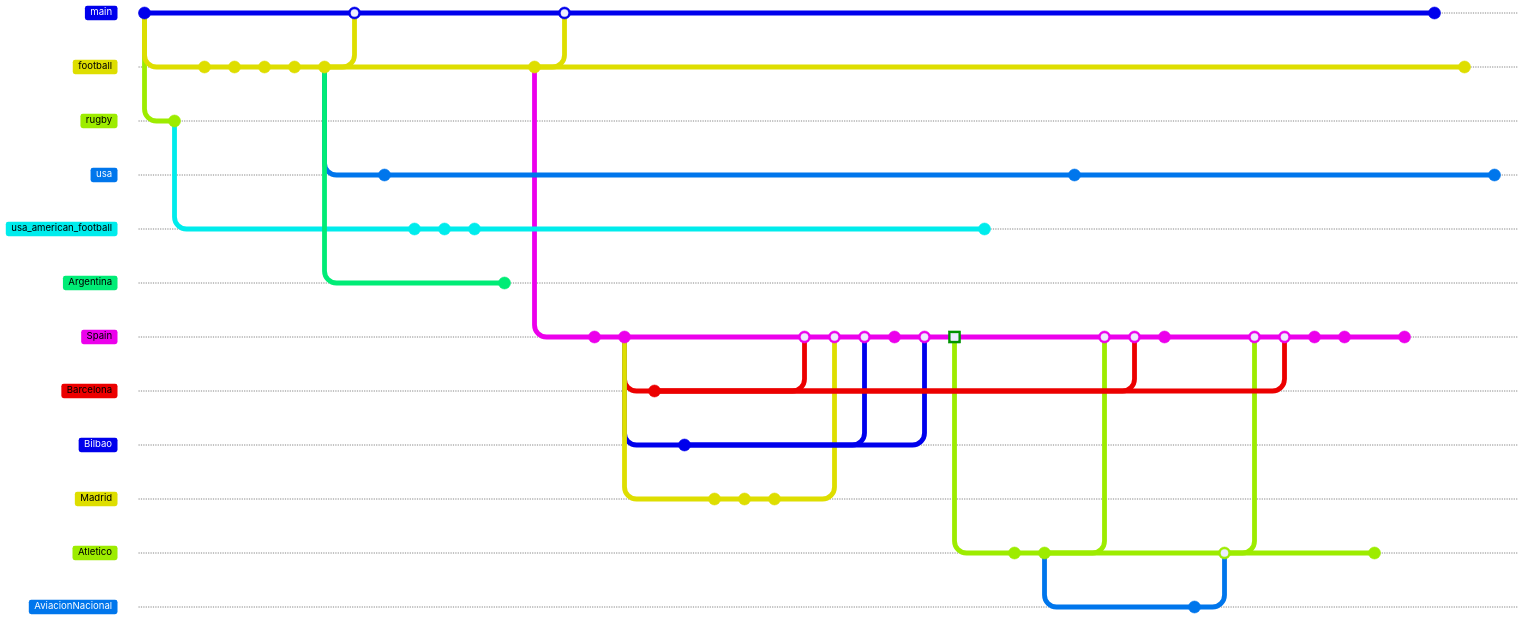
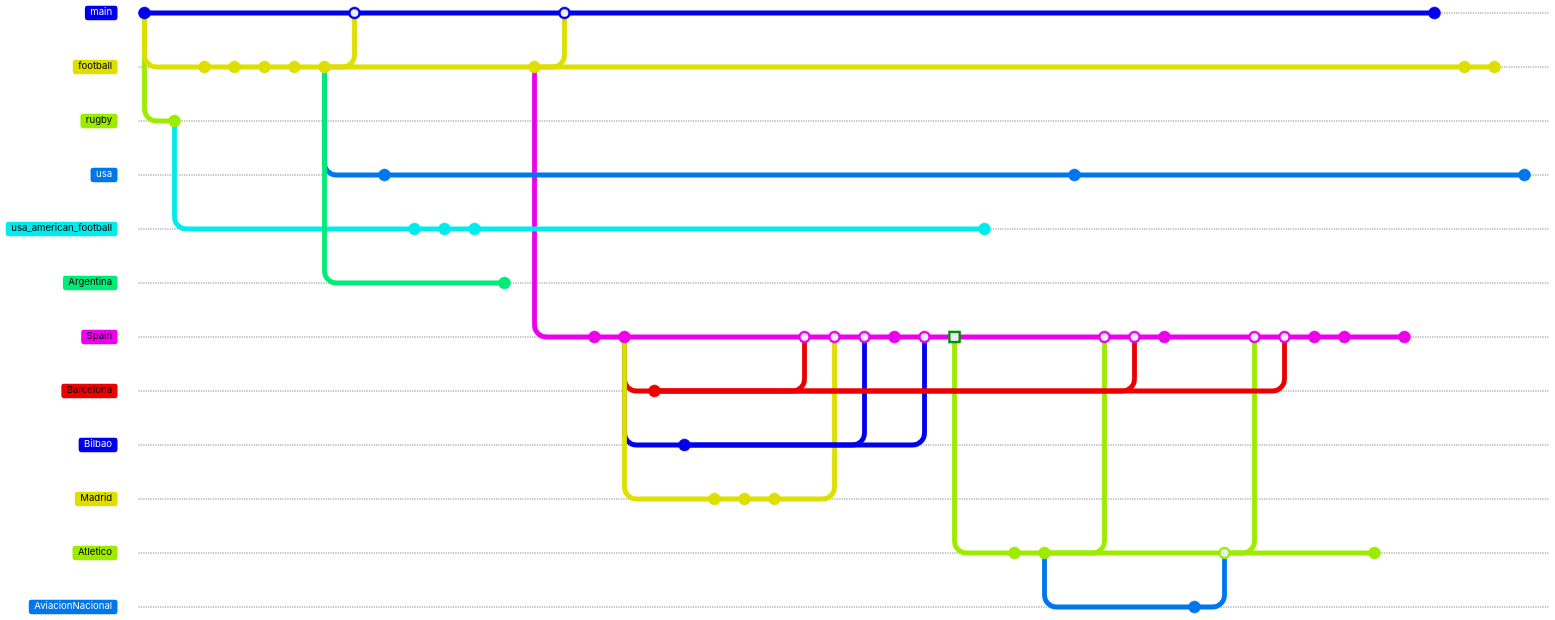
Before and after one commit to sarnobat/mermaid: the first of 8 diagrams in README.md, drawn with Mermaid. Commit ids are hidden.

````diff
--- a/README.md
+++ b/README.md
@@ -98,7 +98,8 @@
     checkout main
     commit id: "1955 Floodlighting invented"
     checkout football
-    commit id: "1955 weekday football becomes possible"
+    commit id: "1955 weekday football becomes possible, European Cup inaugurated"
+    commit id: "1963 transfer system inception"
     checkout usa
     commit id: "1967 NASL founded"
 ```
````
